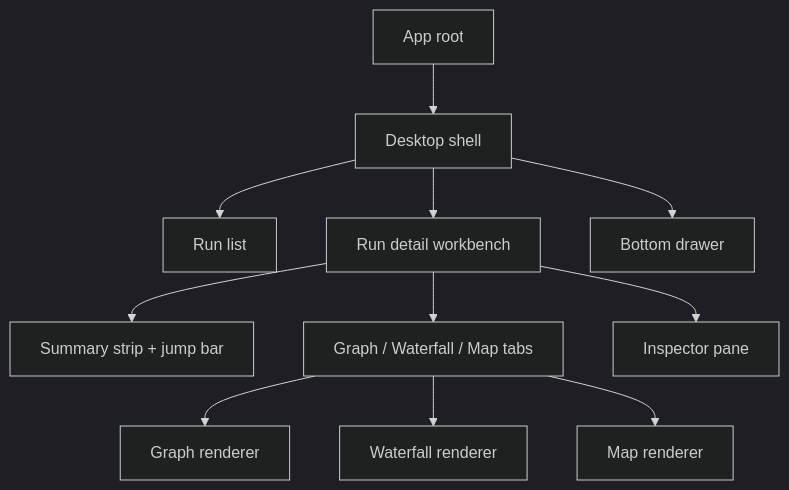
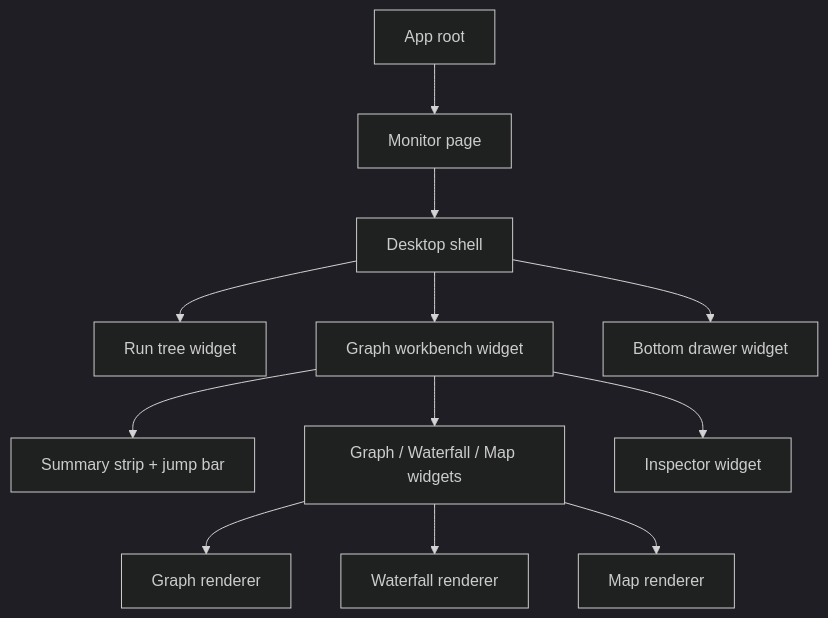
One commit to gihwan-dev/codex-multi-agents-monitor changed the third of 3 diagrams in tasks/codex-multi-agent-monitor-v0-1/TECH_SPEC.md. Above: the diagram before and after it, drawn with Mermaid (dark theme). The commit also changed other lines of this file and 190 other files, not shown here.

````diff
--- a/tasks/codex-multi-agent-monitor-v0-1/TECH_SPEC.md
+++ b/tasks/codex-multi-agent-monitor-v0-1/TECH_SPEC.md
@@ -120,13 +143,14 @@
 ```mermaid
 flowchart TD
-  App["App root"] --> Shell["Desktop shell"]
-  Shell --> Rail["Run list"]
-  Shell --> Workbench["Run detail workbench"]
+  App["App root"] --> Page["Monitor page"]
+  Page --> Shell["Desktop shell"]
+  Shell --> Rail["Run tree widget"]
+  Shell --> Workbench["Graph workbench widget"]
   Workbench --> Summary["Summary strip + jump bar"]
-  Workbench --> Mode["Graph / Waterfall / Map tabs"]
-  Workbench --> Inspector["Inspector pane"]
+  Workbench --> Mode["Graph / Waterfall / Map widgets"]
+  Workbench --> Inspector["Inspector widget"]
   Mode --> GraphRenderer["Graph renderer"]
   Mode --> WaterfallRenderer["Waterfall renderer"]
   Mode --> MapRenderer["Map renderer"]
-  Shell --> Drawer["Bottom drawer"]
+  Shell --> Drawer["Bottom drawer widget"]
 ```
````
